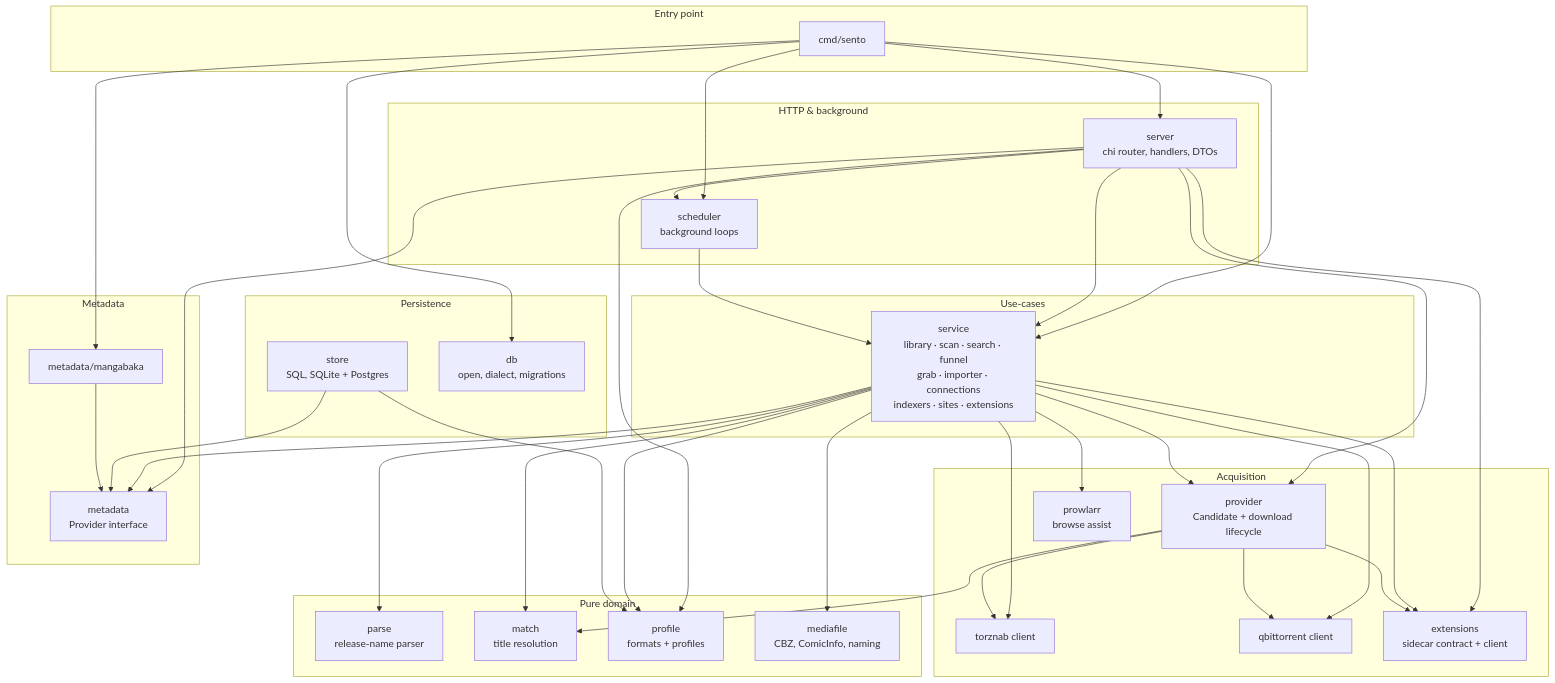
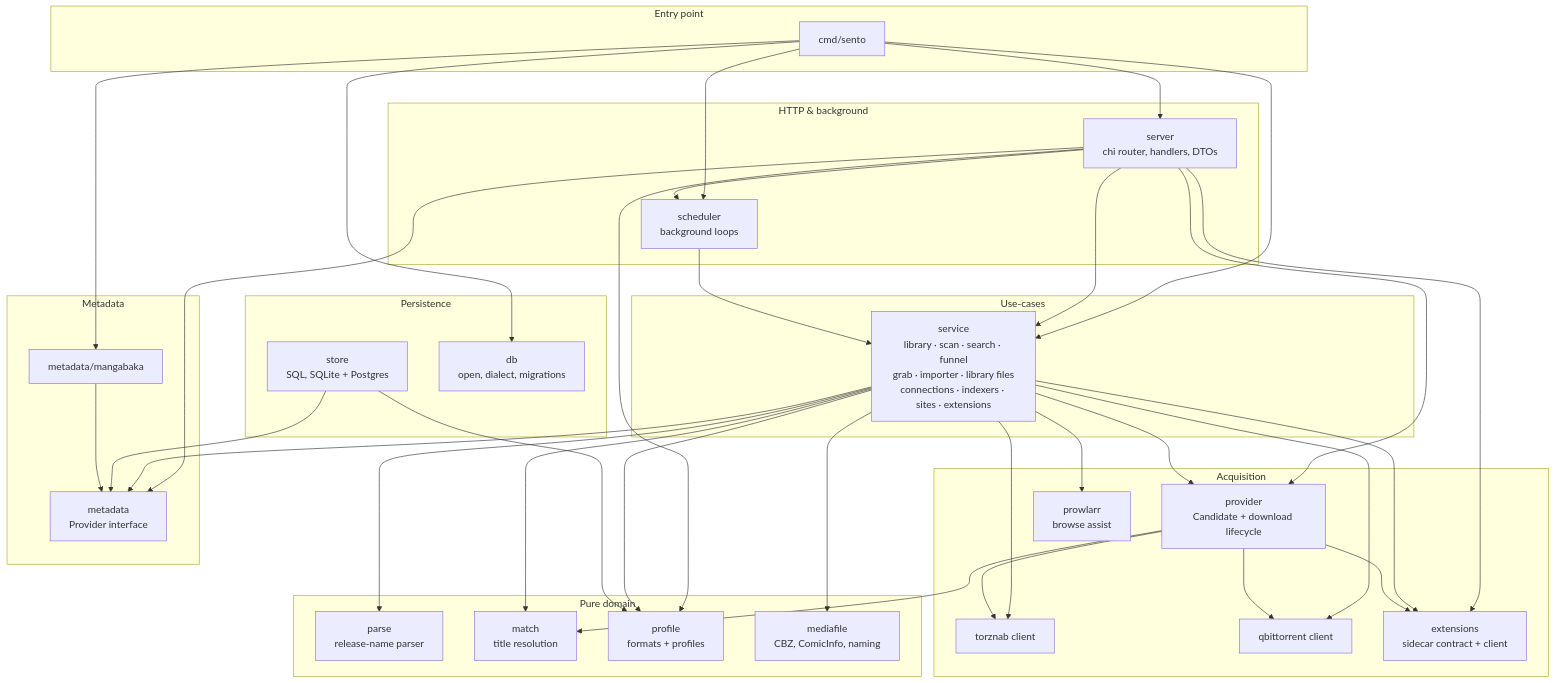
The second of 6 diagrams in docs/architecture.md (h-wb/sento), drawn with Mermaid before and after one commit. The commit also changed other lines of this file and 51 other files, not shown here.

First line of the commit message:
refactor(service): split Importer into the queue and LibraryFiles

````diff
--- a/docs/architecture.md
+++ b/docs/architecture.md
@@ -52,76 +52,76 @@
 ```mermaid
 graph TD
     subgraph entry [Entry point]
         cmd[cmd/sento]
     end
 
     subgraph http [HTTP & background]
         server[server<br/>chi router, handlers, DTOs]
         scheduler[scheduler<br/>background loops]
     end
 
     subgraph core [Use-cases]
-        service[service<br/>library · scan · search · funnel<br/>grab · importer · connections<br/>indexers · sites · extensions]
+        service[service<br/>library · scan · search · funnel<br/>grab · importer · library files<br/>connections · indexers · sites · extensions]
     end
 
     subgraph persistence [Persistence]
         store[store<br/>SQL, SQLite + Postgres]
         db[db<br/>open, dialect, migrations]
     end
 
     subgraph acquisition [Acquisition]
         provider[provider<br/>Candidate + download lifecycle]
         torznab[torznab client]
         qbittorrent[qbittorrent client]
         extensions[extensions<br/>sidecar contract + client]
         prowlarr[prowlarr<br/>browse assist]
     end
 
     subgraph meta [Metadata]
         metadata[metadata<br/>Provider interface]
         mangabaka[metadata/mangabaka]
     end
 
     subgraph domain [Pure domain]
         parse[parse<br/>release-name parser]
         match[match<br/>title resolution]
         profile[profile<br/>formats + profiles]
         mediafile[mediafile<br/>CBZ, ComicInfo, naming]
     end
 
     cmd --> server
     cmd --> scheduler
     cmd --> service
     cmd --> db
     cmd --> mangabaka
 
     server --> service
     server --> scheduler
     server --> provider
     server --> extensions
     server --> profile
     server --> metadata
 
     scheduler --> service
 
     service --> provider
     service --> metadata
     service --> parse
     service --> match
     service --> profile
     service --> mediafile
     service --> prowlarr
     service --> torznab
     service --> qbittorrent
     service --> extensions
 
     store --> metadata
     store --> profile
 
     provider --> torznab
     provider --> qbittorrent
     provider --> extensions
     provider --> match
 
     mangabaka --> metadata
 ```
````
